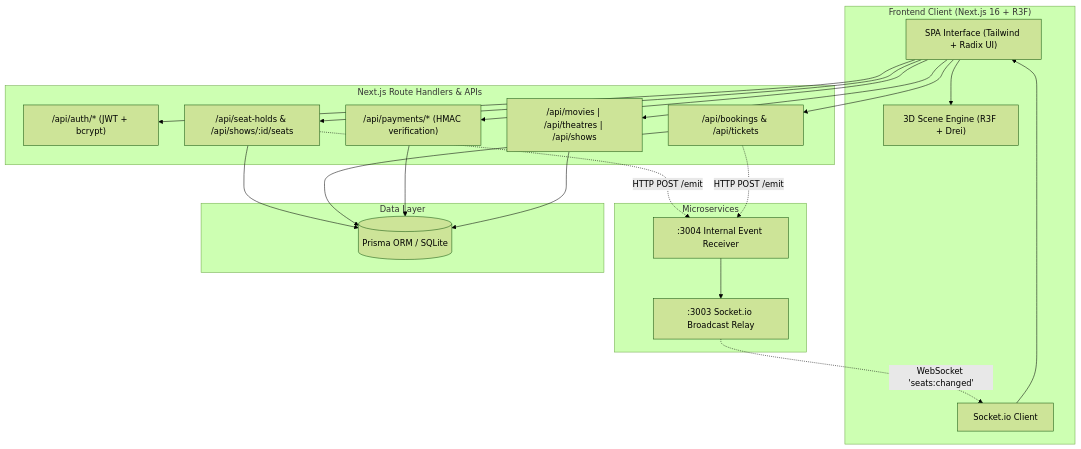
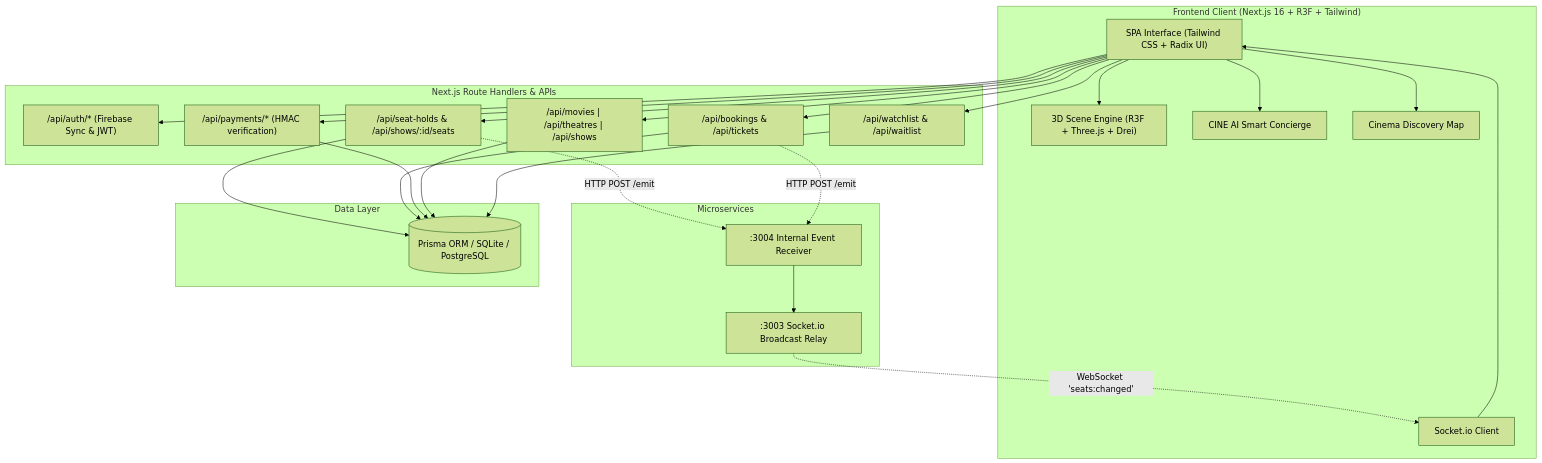
One commit to Shafiq-456/Cine_360 changed the second of 2 diagrams in README.md. Above: the diagram before and after it, drawn with Mermaid (forest theme). The commit also changed other lines of this file and 24 other files, not shown here.

Commit message:
feat: complete full-stack upgrade with Firebase auth, smart seat view scoring, and 3D cinema ecosystem

````diff
--- a/README.md
+++ b/README.md
@@ -47,43 +123,50 @@
 ```mermaid
 flowchart TD
-    subgraph Client["Frontend Client (Next.js 16 + R3F)"]
-        UI["SPA Interface (Tailwind + Radix UI)"]
-        Three["3D Scene Engine (R3F + Drei)"]
+    subgraph Client["Frontend Client (Next.js 16 + R3F + Tailwind)"]
+        UI["SPA Interface (Tailwind CSS + Radix UI)"]
+        Three["3D Scene Engine (R3F + Three.js + Drei)"]
+        AIAssistant["CINE AI Smart Concierge"]
+        Map["Cinema Discovery Map"]
         SocketClient["Socket.io Client"]
     end
 
     subgraph Backend["Next.js Route Handlers & APIs"]
-        AuthAPI["/api/auth/* (JWT + bcrypt)"]
+        AuthAPI["/api/auth/* (Firebase Sync & JWT)"]
         CatalogAPI["/api/movies | /api/theatres | /api/shows"]
         InventoryAPI["/api/seat-holds & /api/shows/:id/seats"]
         BookingAPI["/api/bookings & /api/tickets"]
+        WatchlistAPI["/api/watchlist & /api/waitlist"]
         PaymentAPI["/api/payments/* (HMAC verification)"]
     end
 
     subgraph RealtimeHub["Microservices"]
         Hub[":3003 Socket.io Broadcast Relay"]
         HTTPRelay[":3004 Internal Event Receiver"]
     end
 
     subgraph DataStore["Data Layer"]
-        DB[(Prisma ORM / SQLite)]
+        DB[(Prisma ORM / SQLite / PostgreSQL)]
     end
 
     UI --> Three
+    UI --> AIAssistant
+    UI --> Map
     UI --> AuthAPI
     UI --> CatalogAPI
     UI --> InventoryAPI
     UI --> BookingAPI
+    UI --> WatchlistAPI
     UI --> PaymentAPI
 
     InventoryAPI --> DB
     BookingAPI --> DB
     PaymentAPI --> DB
     CatalogAPI --> DB
+    WatchlistAPI --> DB
 
     InventoryAPI -.->|HTTP POST /emit| HTTPRelay
     BookingAPI -.->|HTTP POST /emit| HTTPRelay
     HTTPRelay --> Hub
     Hub -.->|WebSocket 'seats:changed'| SocketClient
     SocketClient --> UI
 ```
````
